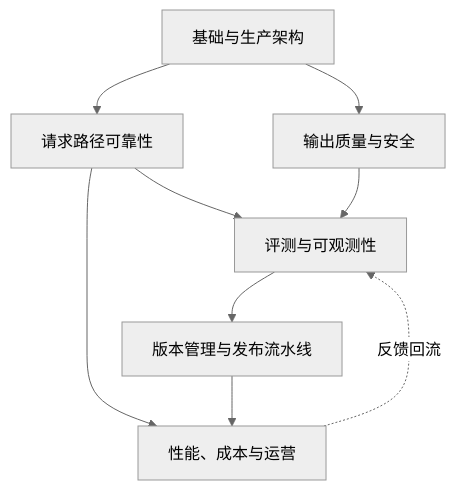
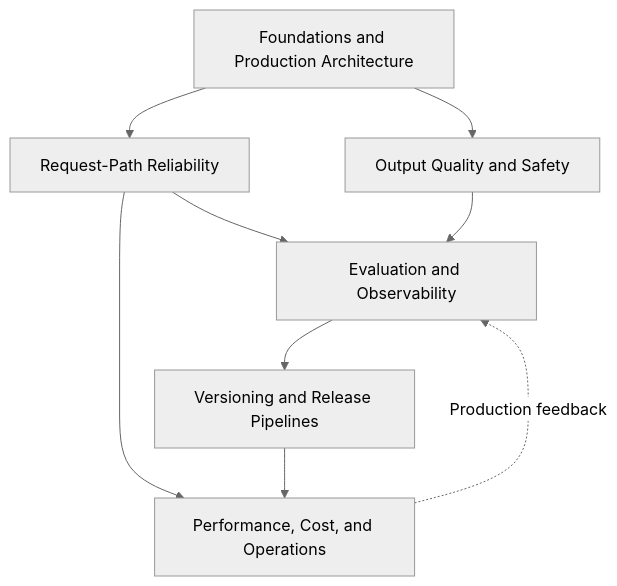
Before and after one commit to oneleaveknowsthefall/awesome-ai-roadmap: the diagram in docs/engineering/README.md, drawn with Mermaid (neutral theme). The commit also changed other lines of this file and 82 other files, not shown here.

````diff
--- a/docs/engineering/README.md
+++ b/docs/engineering/README.md
@@ -22,11 +22,11 @@
 ```mermaid
 flowchart TB
-    F[基础与生产架构] --> RR[请求路径可靠性]
-    F --> OS[输出质量与安全]
-    RR --> EO[评测与可观测性]
+    F[Foundations and Production Architecture] --> RR[Request-Path Reliability]
+    F --> OS[Output Quality and Safety]
+    RR --> EO[Evaluation and Observability]
     OS --> EO
-    EO --> RP[版本管理与发布流水线]
-    RR --> PO[性能、成本与运营]
+    EO --> RP[Versioning and Release Pipelines]
+    RR --> PO[Performance, Cost, and Operations]
     RP --> PO
-    PO -.反馈回流.-> EO
+    PO -.Production feedback.-> EO
 ```
````
